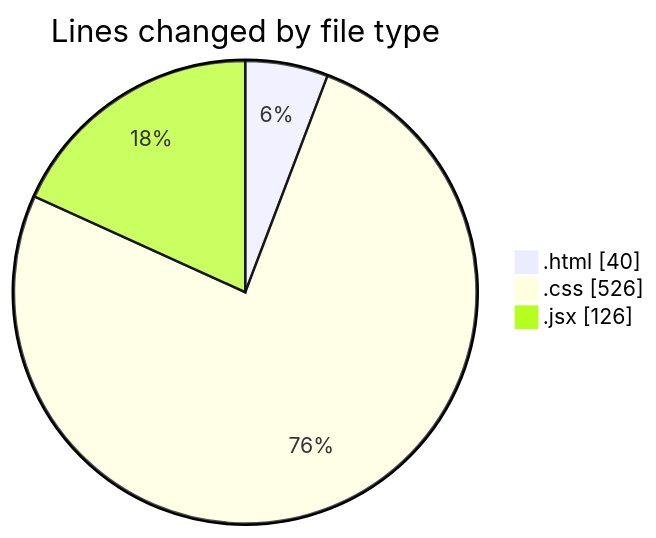
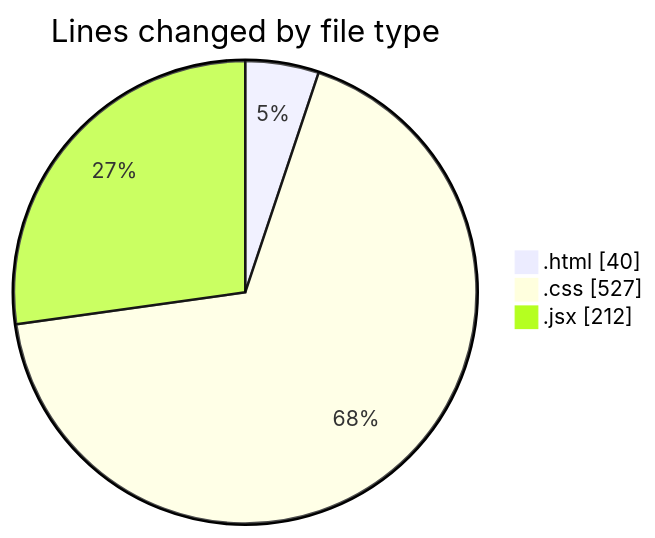
One commit to Ritupan-Deka/code-tracking changed the first of 2 diagrams in 2025-05-26/projects/README.md. Above: the diagram before and after it, drawn with Mermaid. The commit also changed other lines of this file and 1 other file, not shown here.

````diff
--- a/2025-05-26/projects/README.md
+++ b/2025-05-26/projects/README.md
@@ -23,7 +23,7 @@
 ```mermaid
 pie showData
 title Lines changed by file type
 ".html" : 40
-".css" : 526
-".jsx" : 126
+".css" : 527
+".jsx" : 212
 ```
````
